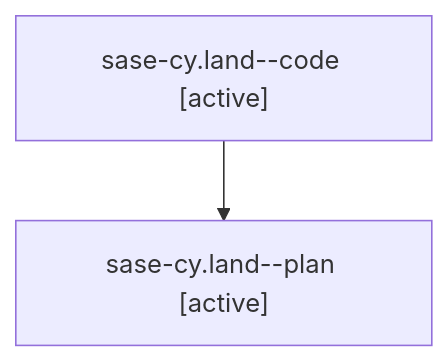
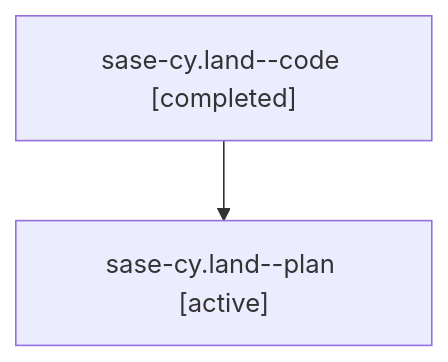
Before and after one commit to sase-org/sase--agents: the diagram in families/bbugyi200.athena.sase-cy.land.md, drawn with Mermaid. The commit also changed other lines of this file and 5813 other files, not shown here.

````diff
--- a/families/bbugyi200.athena.sase-cy.land.md
+++ b/families/bbugyi200.athena.sase-cy.land.md
@@ -9,6 +9,6 @@
 ```mermaid
 flowchart TD
-  n0["sase-cy.land--code [active]"]
+  n0["sase-cy.land--code [completed]"]
   n1["sase-cy.land--plan [active]"]
   n0 --> n1
 ```
````
